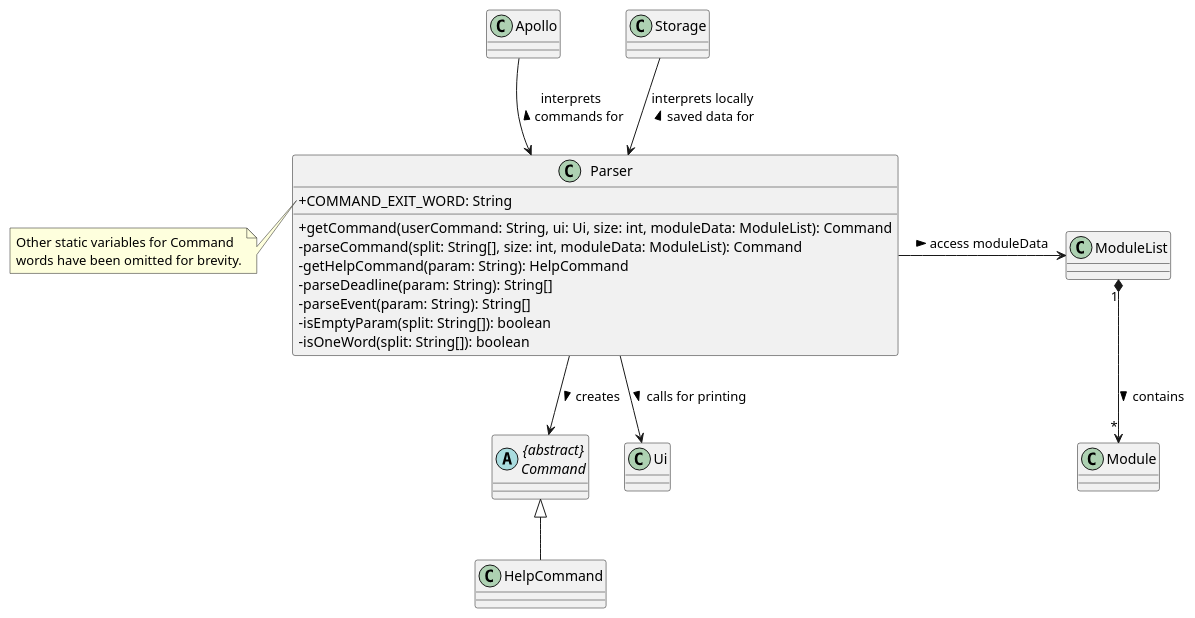
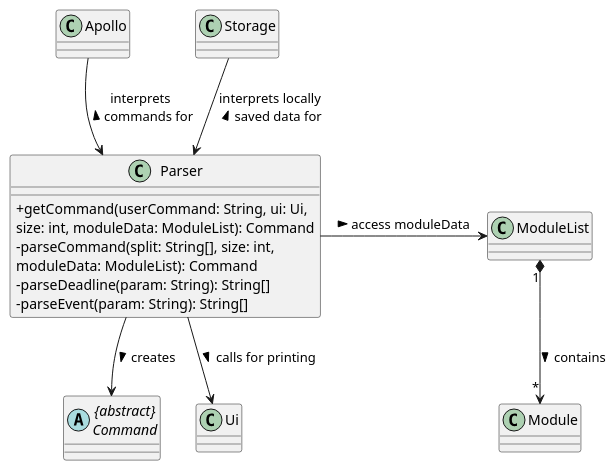
One commit to nus-cs2113-AY2223S2/tp changed the diagram in docs/uml-source/class/Parser.puml. Above: the diagram before and after it, drawn with PlantUML. The commit also changed 2 other files, not shown here.

Commit message:
Update UML files

```diff
--- a/docs/uml-source/class/Parser.puml
+++ b/docs/uml-source/class/Parser.puml
@@ -1,32 +1,24 @@
 @startuml
 'https://plantuml.com/class-diagram
 skinparam classAttributeIconSize 0
 
 Apollo --> Parser : interprets \ncommands for <
 Storage --> Parser : interprets locally \nsaved data for <
 
 class Parser {
-+ COMMAND_EXIT_WORD: String
-+ getCommand(userCommand: String, ui: Ui, size: int, moduleData: ModuleList): Command
-- parseCommand(split: String[], size: int, moduleData: ModuleList): Command
-- getHelpCommand(param: String): HelpCommand
++ getCommand(userCommand: String, ui: Ui,
+size: int, moduleData: ModuleList): Command
+- parseCommand(split: String[], size: int,
+moduleData: ModuleList): Command
 - parseDeadline(param: String): String[]
 - parseEvent(param: String): String[]
-- isEmptyParam(split: String[]): boolean
-- isOneWord(split: String[]): boolean
 }
-note left of Parser::COMMAND_EXIT_WORD
-    Other static variables for Command
-    words have been omitted for brevity.
-end note
 
 Parser -> ModuleList : access moduleData >
 ModuleList "1" *--> "*" Module : contains >
 
 abstract class "{abstract}\nCommand" as Command
 Parser --> Ui : calls for printing >
 Parser --> Command: creates >
-Command <|-- HelpCommand
-
 
 @enduml
```
